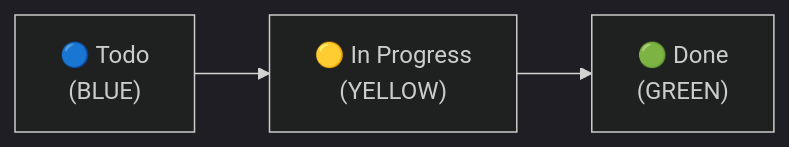
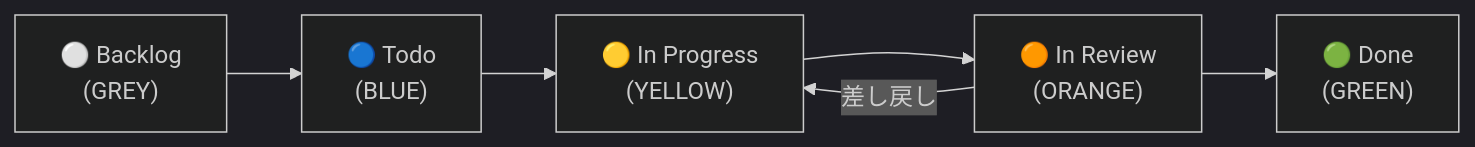
One commit to mabubu0203/github-projects-starter-kit changed the first of 2 diagrams in docs/scripts/setup-project-status.md. Above: the diagram before and after it, drawn with Mermaid (dark theme). The commit also changed other lines of this file and 1 other file, not shown here.

First line of the commit message:
enhance: ステータスカラムを3段階から5段階に拡張（Backlog / In Review 追加）

````diff
--- a/docs/scripts/setup-project-status.md
+++ b/docs/scripts/setup-project-status.md
@@ -27,8 +34,11 @@
 ```mermaid
 graph LR
+    Backlog["⚪ Backlog\n(GREY)"]
     Todo["🔵 Todo\n(BLUE)"]
     InProgress["🟡 In Progress\n(YELLOW)"]
+    InReview["🟠 In Review\n(ORANGE)"]
     Done["🟢 Done\n(GREEN)"]
 
-    Todo --> InProgress --> Done
+    Backlog --> Todo --> InProgress --> InReview --> Done
+    InReview -- "差し戻し" --> InProgress
 ```
````
